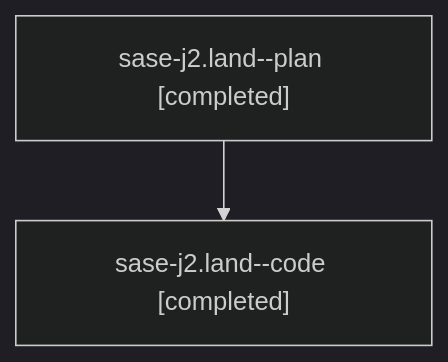
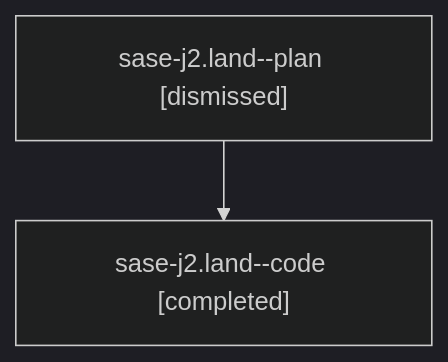
One commit to sase-org/sase--agents changed the diagram in families/bbugyi200.athena.sase-j2.land.md. Above: the diagram before and after it, drawn with Mermaid (dark theme). The commit also changed other lines of this file and 1973 other files, not shown here.

````diff
--- a/families/bbugyi200.athena.sase-j2.land.md
+++ b/families/bbugyi200.athena.sase-j2.land.md
@@ -9,6 +9,6 @@
 ```mermaid
 flowchart TD
-  n0["sase-j2.land--plan [completed]"]
+  n0["sase-j2.land--plan [dismissed]"]
   n1["sase-j2.land--code [completed]"]
   n0 --> n1
 ```
````
